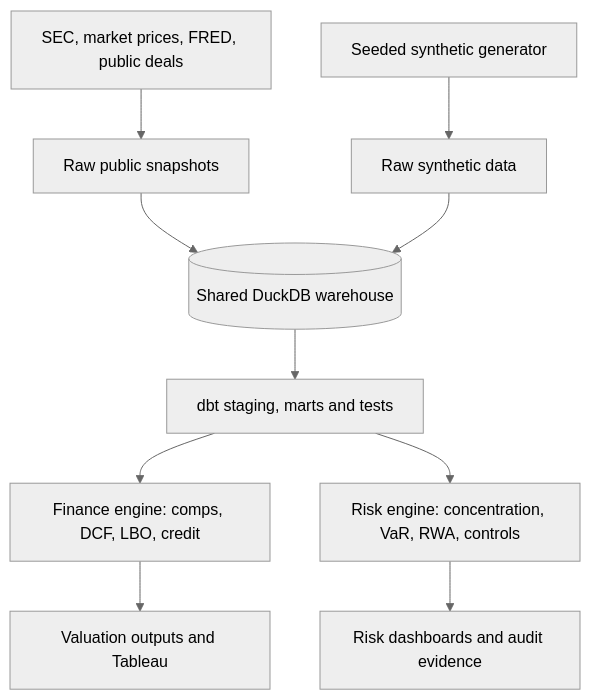
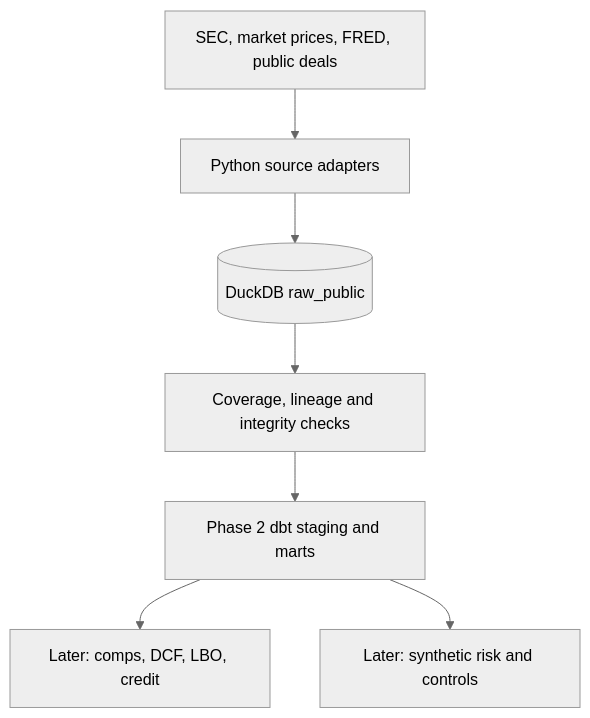
The diagram in README.md (saifnawazkhan/deal-screening-and-risk-governance-platform), drawn with Mermaid (neutral theme) before and after one commit. The commit also changed other lines of this file, not shown here.

````diff
--- a/README.md
+++ b/README.md
@@ -13,12 +13,9 @@
 ```mermaid
 flowchart TD
- A[SEC, market prices, FRED, public deals] --> R[Raw public snapshots]
- B[Seeded synthetic generator] --> S[Raw synthetic data]
- R --> W[(Shared DuckDB warehouse)]
- S --> W
- W --> D[dbt staging, marts and tests]
- D --> F[Finance engine: comps, DCF, LBO, credit]
- D --> G[Risk engine: concentration, VaR, RWA, controls]
- F --> O[Valuation outputs and Tableau]
- G --> P[Risk dashboards and audit evidence]
+ A[SEC, market prices, FRED, public deals] --> R[Python source adapters]
+ R --> W[(DuckDB raw_public)]
+ W --> Q[Coverage, lineage and integrity checks]
+ Q --> D[Phase 2 dbt staging and marts]
+ D --> F[Later: comps, DCF, LBO, credit]
+ D --> G[Later: synthetic risk and controls]
 ```
````
